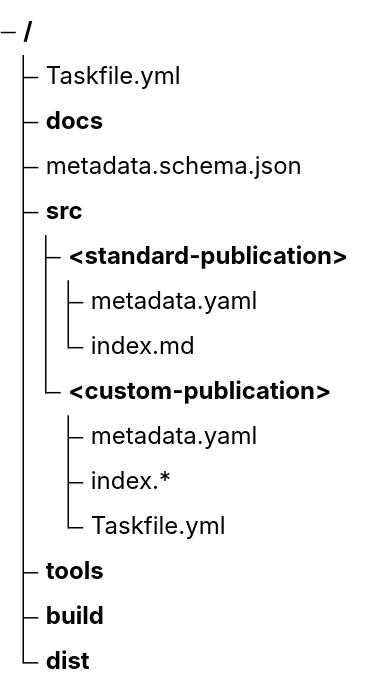
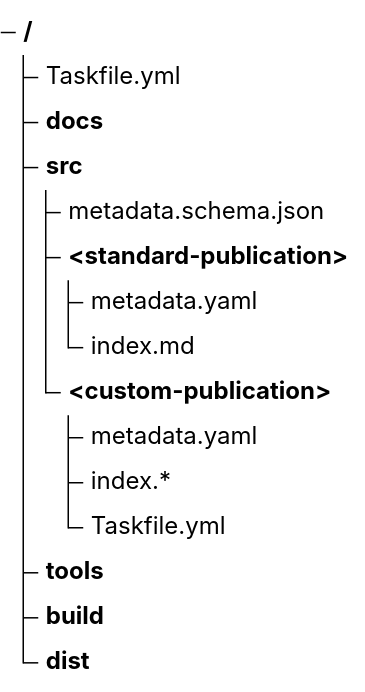
Before and after one commit to shorodilov/publications: the diagram in docs/build-system.md, drawn with Mermaid. The commit also changed other lines of this file, not shown here.

````diff
--- a/docs/build-system.md
+++ b/docs/build-system.md
@@ -111,17 +111,17 @@
 ```mermaid
 treeView-beta
     "Taskfile.yml"
     "docs/"
-    "metadata.schema.json"
     "src/"
+        "metadata.schema.json"
         "<standard-publication>/"
             "metadata.yaml"
             "index.md"
         "<custom-publication>/"
             "metadata.yaml"
             "index.*"
             "Taskfile.yml"
     "tools/"
     "build/"
     "dist/"
 ```
````
